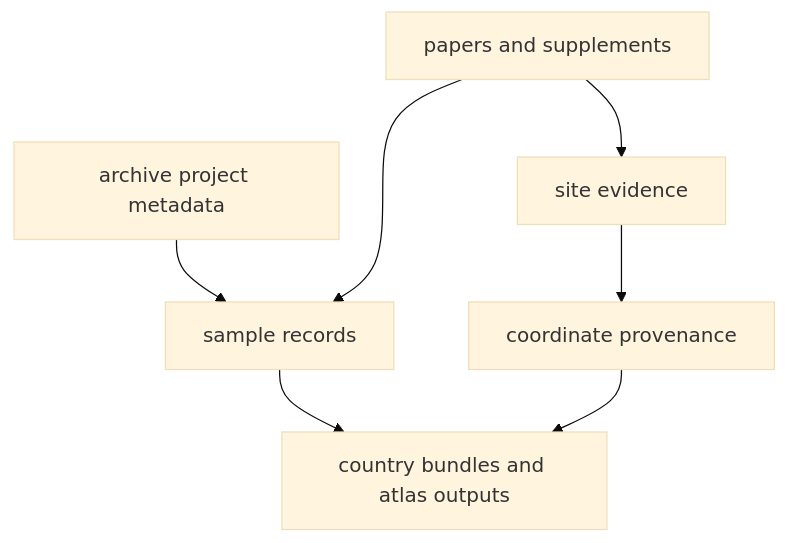
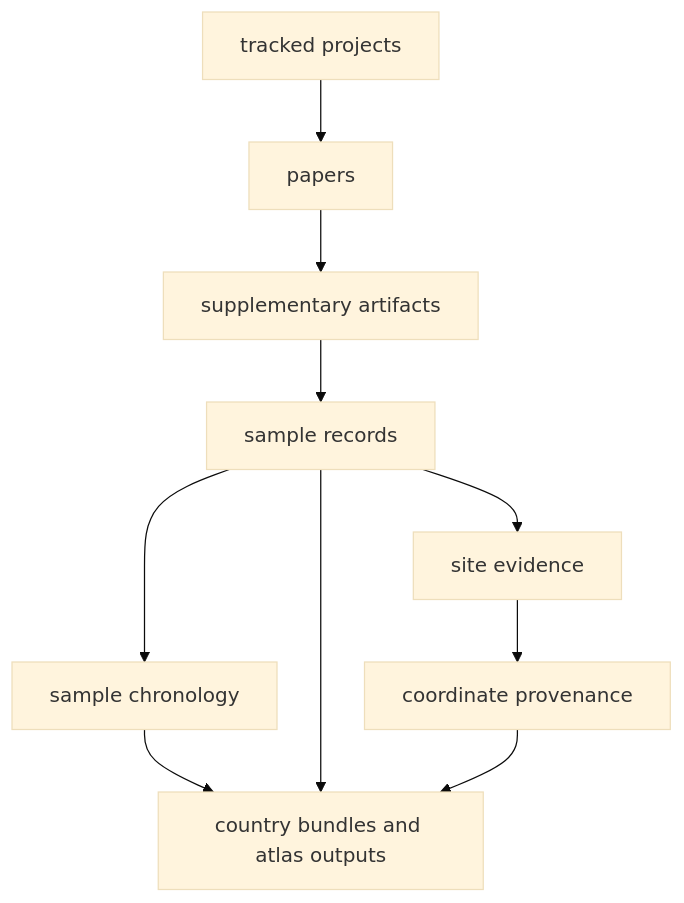
Before and after one commit to bijux/bijux-pollenomics: the diagram in docs/02-bijux-pollenomics-data/index.md, drawn with Mermaid (base theme). The commit also changed other lines of this file and 16 other files, not shown here.

````diff
--- a/docs/02-bijux-pollenomics-data/index.md
+++ b/docs/02-bijux-pollenomics-data/index.md
@@ -28,16 +31,21 @@
 ```mermaid
 flowchart TB
-    projects["archive project metadata"]
-    papers["papers and supplements"]
+    projects["tracked projects"]
+    papers["papers"]
+    supplements["supplementary artifacts"]
     samples["sample records"]
     sites["site evidence"]
+    chronology["sample chronology"]
     coordinates["coordinate provenance"]
     outputs["country bundles and atlas outputs"]
 
-    projects --> samples
-    papers --> samples
-    papers --> sites
+    projects --> papers
+    papers --> supplements
+    supplements --> samples
     sites --> coordinates
+    samples --> sites
+    samples --> chronology
+    chronology --> outputs
     samples --> outputs
     coordinates --> outputs
 ```
````
